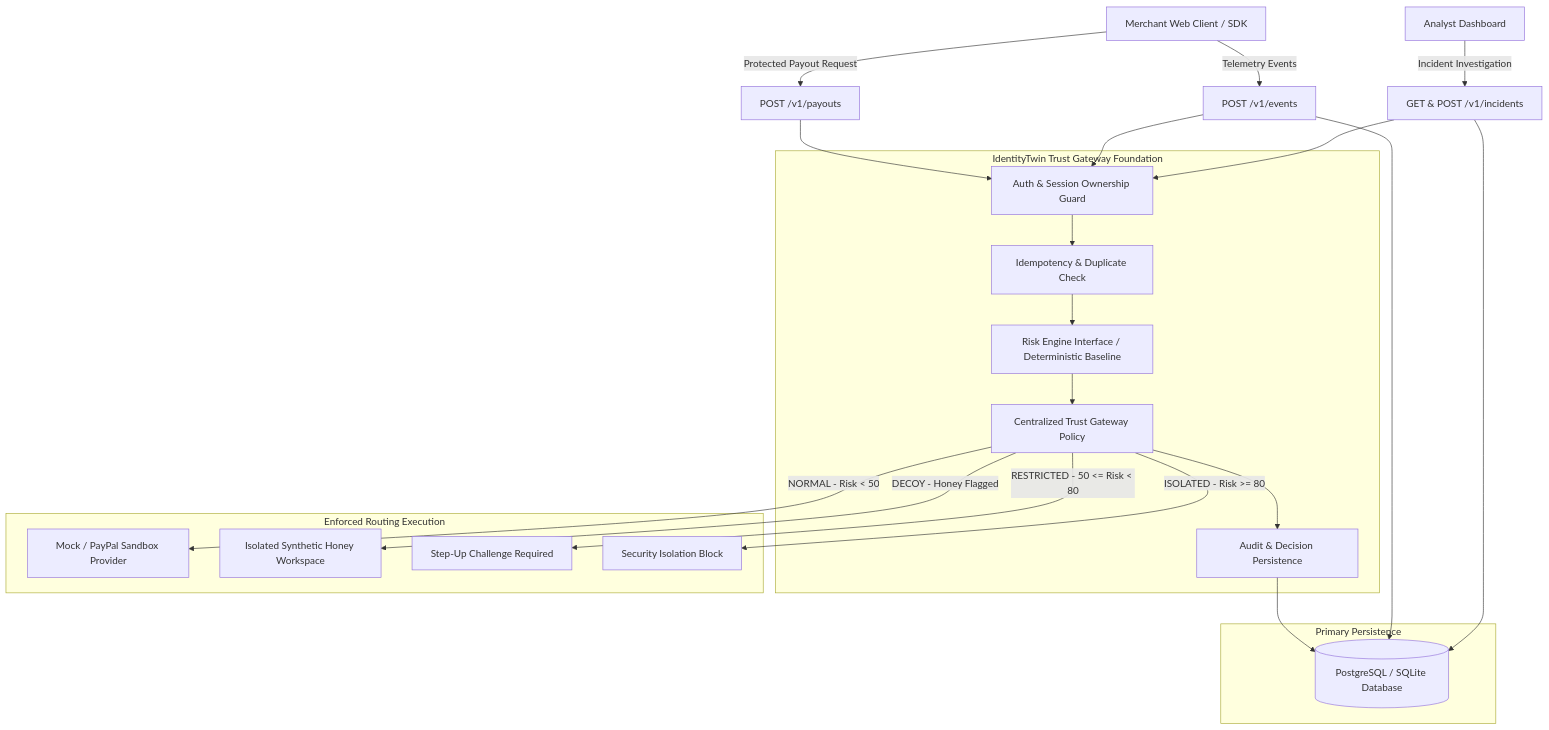
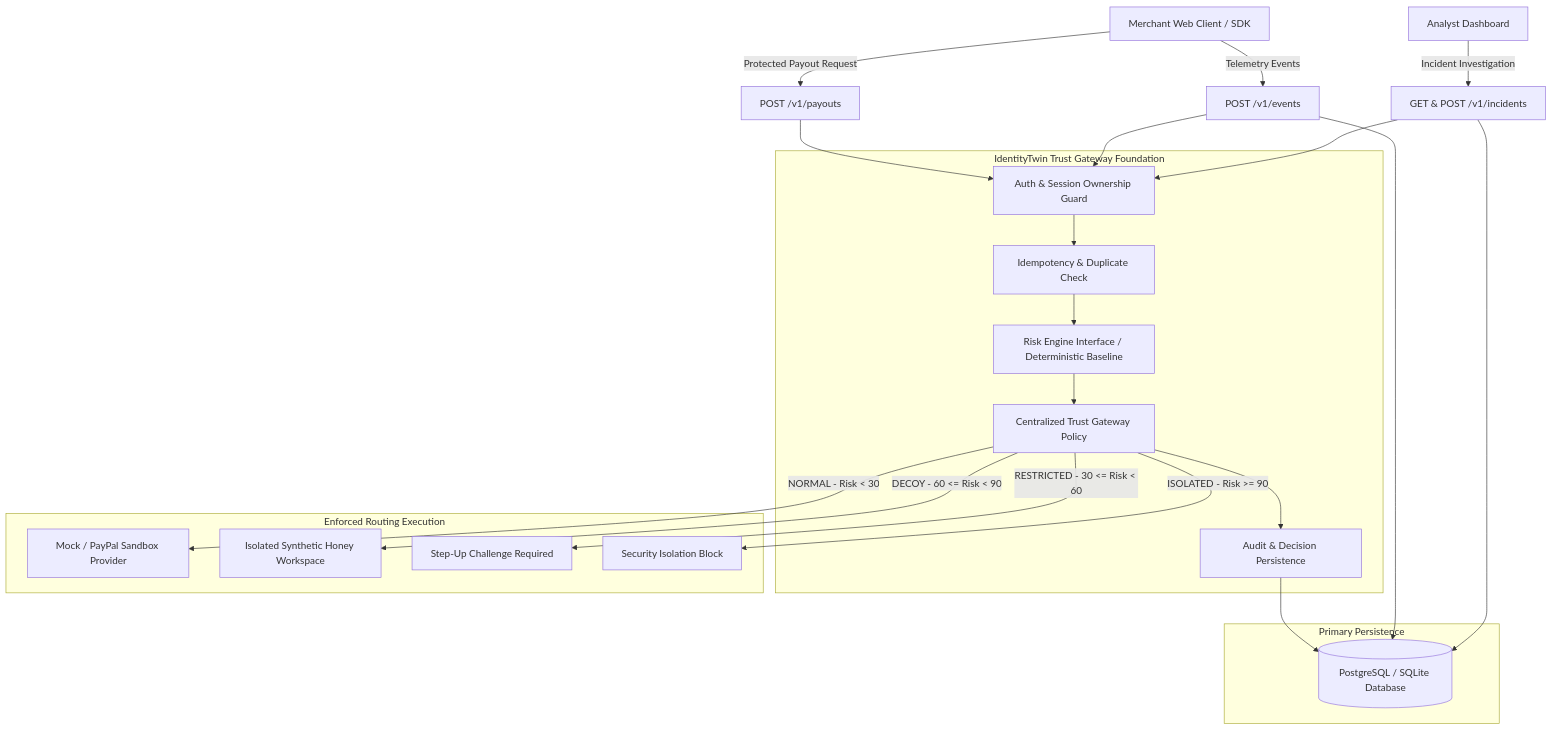
One commit to castiel0312/IdentityTwin changed the diagram in docs/architecture.md. Above: the diagram before and after it, drawn with Mermaid. The commit also changed other lines of this file and 48 other files, not shown here.

````diff
--- a/docs/architecture.md
+++ b/docs/architecture.md
@@ -7,43 +7,43 @@
 ```mermaid
 graph TD
     UserClient[Merchant Web Client / SDK] -->|Telemetry Events| APIEvents[POST /v1/events]
     UserClient -->|Protected Payout Request| APIPayouts[POST /v1/payouts]
     AnalystClient[Analyst Dashboard] -->|Incident Investigation| APIIncidents[GET & POST /v1/incidents]
 
     subgraph TrustGateway[IdentityTwin Trust Gateway Foundation]
         AuthGuard[Auth & Session Ownership Guard]
         IdempotencyLayer[Idempotency & Duplicate Check]
         RiskEngine[Risk Engine Interface / Deterministic Baseline]
         GatewayPolicy[Centralized Trust Gateway Policy]
         AuditLogger[Audit & Decision Persistence]
     end
 
     APIPayouts --> AuthGuard
     APIEvents --> AuthGuard
     APIIncidents --> AuthGuard
 
     AuthGuard --> IdempotencyLayer
     IdempotencyLayer --> RiskEngine
     RiskEngine --> GatewayPolicy
     GatewayPolicy --> AuditLogger
 
     subgraph RoutingDestinations[Enforced Routing Execution]
         MockAdapter[Mock / PayPal Sandbox Provider]
         DecoyHoney[Isolated Synthetic Honey Workspace]
         RestrictedReject[Step-Up Challenge Required]
         IsolatedBlock[Security Isolation Block]
     end
 
-    GatewayPolicy -->|NORMAL - Risk < 50| MockAdapter
-    GatewayPolicy -->|RESTRICTED - 50 <= Risk < 80| RestrictedReject
-    GatewayPolicy -->|DECOY - Honey Flagged| DecoyHoney
-    GatewayPolicy -->|ISOLATED - Risk >= 80| IsolatedBlock
+    GatewayPolicy -->|NORMAL - Risk < 30| MockAdapter
+    GatewayPolicy -->|RESTRICTED - 30 <= Risk < 60| RestrictedReject
+    GatewayPolicy -->|DECOY - 60 <= Risk < 90| DecoyHoney
+    GatewayPolicy -->|ISOLATED - Risk >= 90| IsolatedBlock
 
     subgraph Persistence[Primary Persistence]
         DB[(PostgreSQL / SQLite Database)]
     end
 
     AuditLogger --> DB
     APIEvents --> DB
     APIIncidents --> DB
 ```
````
